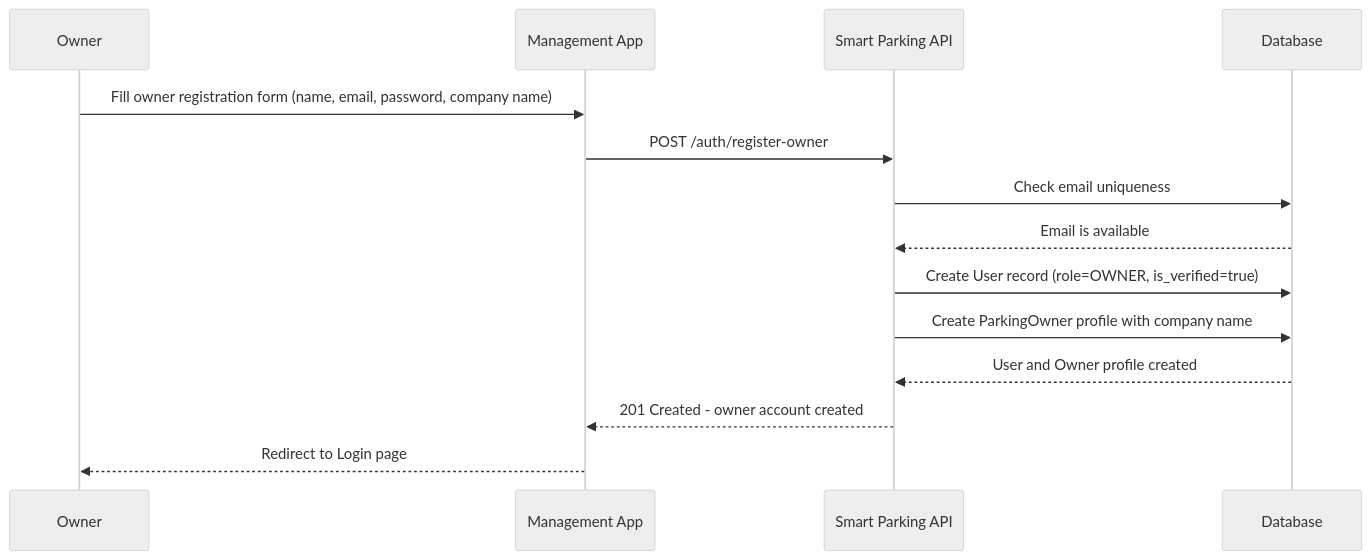
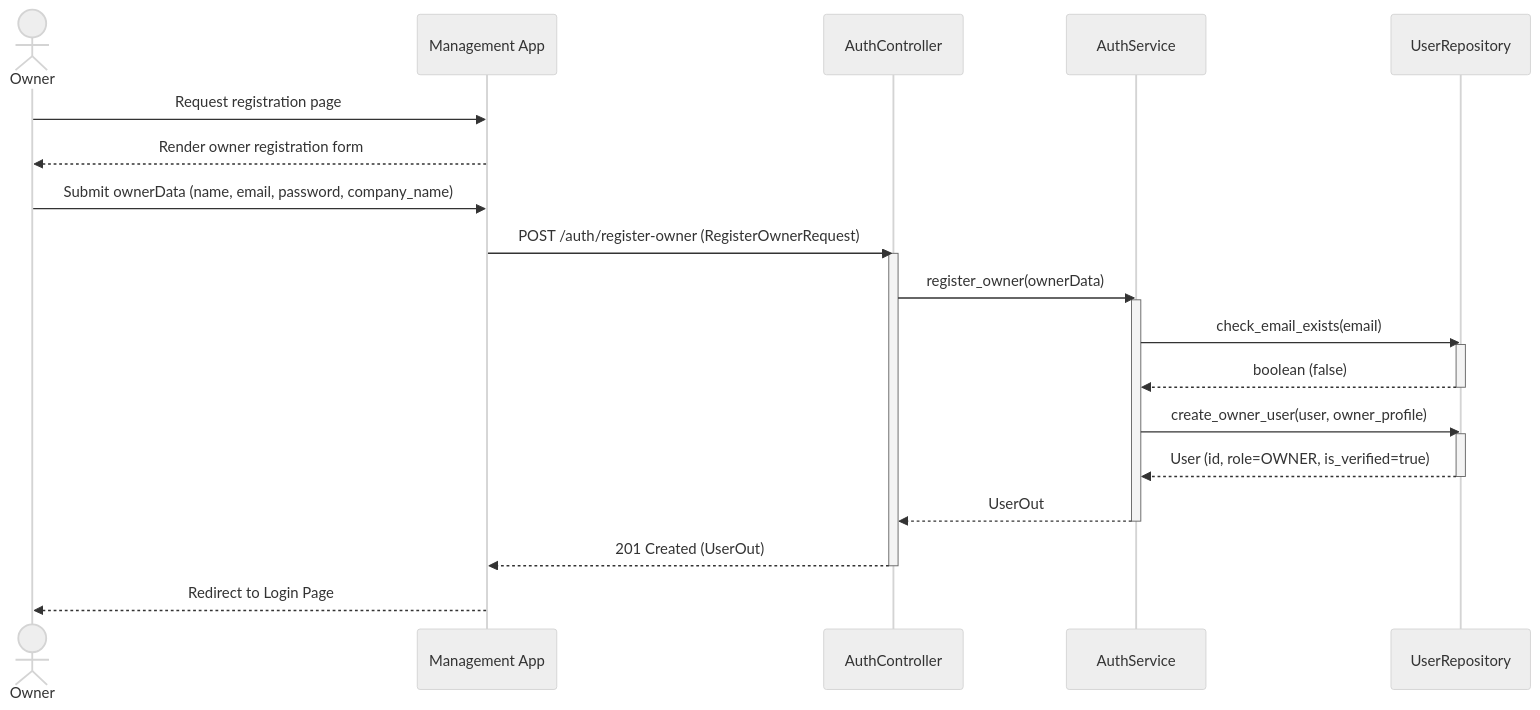
The tenth of 16 diagrams in docs/Smart_Parking_Lot_System_Documentation.md (kxunsithu/smart-parking-lot-system), drawn with Mermaid (neutral theme) before and after one commit. The commit also changed other lines of this file and 1 other file, not shown here.

````diff
--- a/docs/Smart_Parking_Lot_System_Documentation.md
+++ b/docs/Smart_Parking_Lot_System_Documentation.md
@@ -922,17 +1073,29 @@
 ```mermaid
 sequenceDiagram
-    participant Owner
-    participant App as Management App
-    participant API as Smart Parking API
-    participant DB as Database
+    actor Owner
+    participant UI as Management App
+    participant API as AuthController
+    participant Service as AuthService
+    participant DB as UserRepository
 
-    Owner->>App: Fill owner registration form (name, email, password, company name)
-    App->>API: POST /auth/register-owner
-    API->>DB: Check email uniqueness
-    DB-->>API: Email is available
-    API->>DB: Create User record (role=OWNER, is_verified=true)
-    API->>DB: Create ParkingOwner profile with company name
-    DB-->>API: User and Owner profile created
-    API-->>App: 201 Created - owner account created
-    App-->>Owner: Redirect to Login page
+    Owner->>UI: Request registration page
+    UI-->>Owner: Render owner registration form
+    Owner->>UI: Submit ownerData (name, email, password, company_name)
+    UI->>API: POST /auth/register-owner (RegisterOwnerRequest)
+    activate API
+    API->>Service: register_owner(ownerData)
+    activate Service
+    Service->>DB: check_email_exists(email)
+    activate DB
+    DB-->>Service: boolean (false)
+    deactivate DB
+    Service->>DB: create_owner_user(user, owner_profile)
+    activate DB
+    DB-->>Service: User (id, role=OWNER, is_verified=true)
+    deactivate DB
+    Service-->>API: UserOut
+    deactivate Service
+    API-->>UI: 201 Created (UserOut)
+    deactivate API
+    UI-->>Owner: Redirect to Login Page
 ```
````
